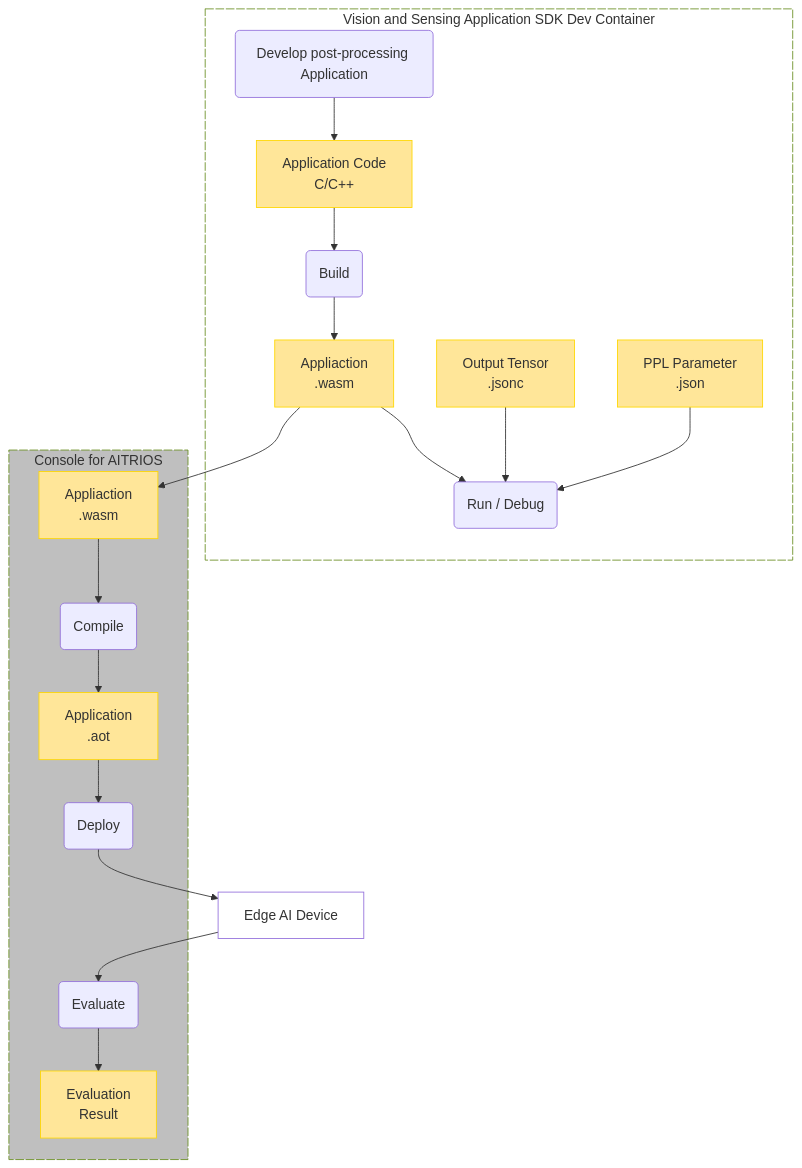
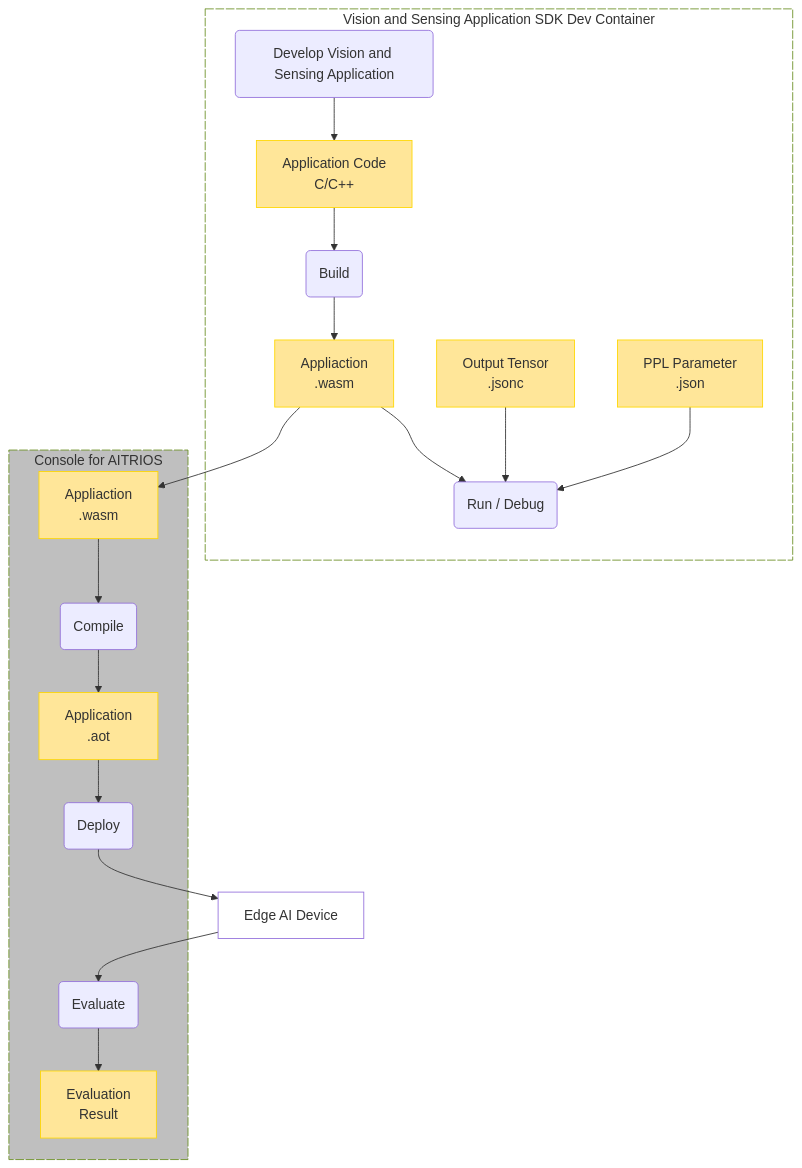
The third of 3 diagrams in README.md (ZucchiniTang/aitrios-sdk-vision-sensing-app), drawn with Mermaid before and after one commit. The commit also changed other lines of this file and 255 other files, not shown here.

````diff
--- a/README.md
+++ b/README.md
@@ -139,47 +152,47 @@
 ```mermaid
 %%{init: {'theme': 'default'}}%%
 graph TB;
     style DevContainer fill:#FFFFFF, stroke:#6b8e23, stroke-dasharray: 10 2
     style Console fill:#BFBFBF, stroke:#6b8e23, stroke-dasharray: 10 2
 
     classDef object fill:#FFE699, stroke:#FFD700
     classDef device fill:#FFFFFF
 
     ppl_code[Application Code<br>C/C++]:::object
     output_tensor[Output Tensor<br>.jsonc]:::object
     ppl_parameter[PPL Parameter<br>.json]:::object
     wasm[Appliaction<br>.wasm]:::object
     wasm2[Appliaction<br>.wasm]:::object
     aot[Application<br>.aot]:::object
     eval_result[Evaluation<br>Result]:::object
 
-    develop(Develop post-processing Application)
+    develop(Develop Vision and Sensing Application)
     build_wasm(Build)
     debug_wasm(Run / Debug)
     compile_aot(Compile)
     deploy(Deploy)
     eval(Evaluate)
 
     device[Edge AI Device]:::device
 
     subgraph DevContainer[Vision and Sensing Application SDK Dev Container]
         develop --> ppl_code
         ppl_code --> build_wasm
         build_wasm --> wasm
         wasm --> debug_wasm
         output_tensor --> debug_wasm
         ppl_parameter --> debug_wasm
     end
 
     subgraph Console["Console for AITRIOS"]
         wasm2 --> compile_aot
         compile_aot --> aot
         aot --> deploy
         eval --> eval_result
     end
 
     wasm --> wasm2
     deploy --> device
     device --> eval
 
 ```
````
